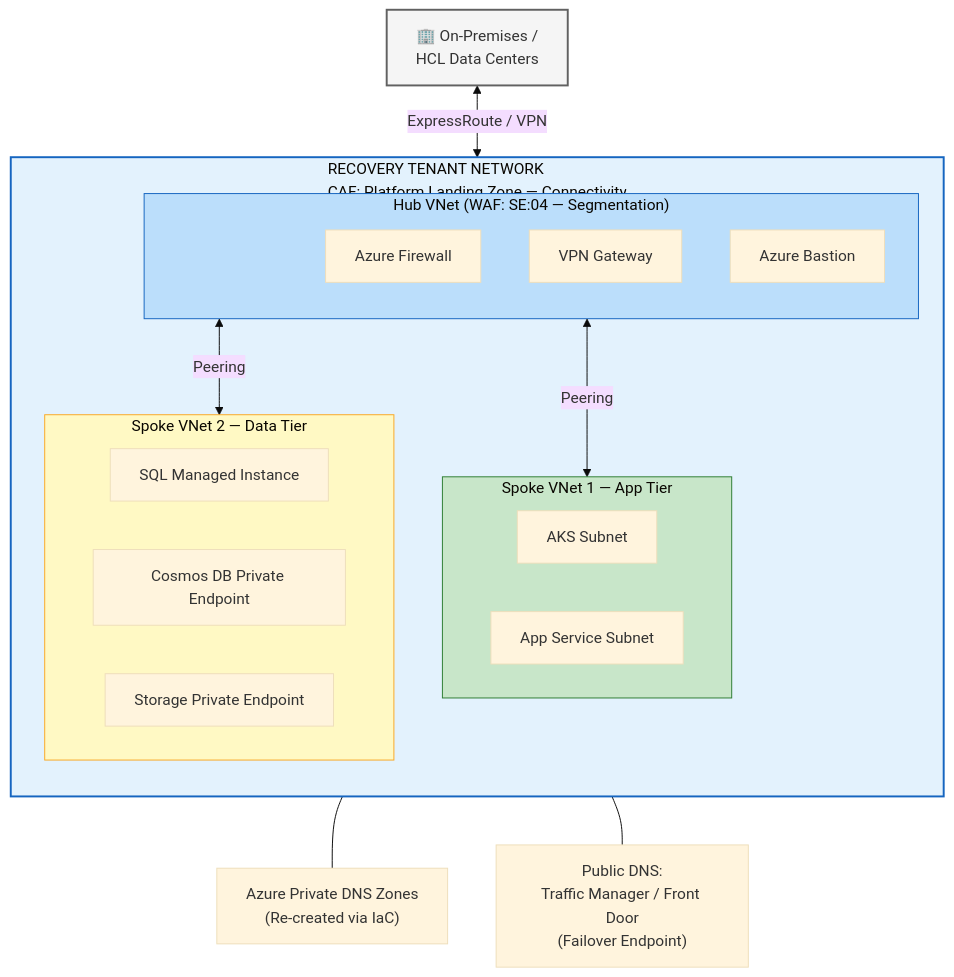
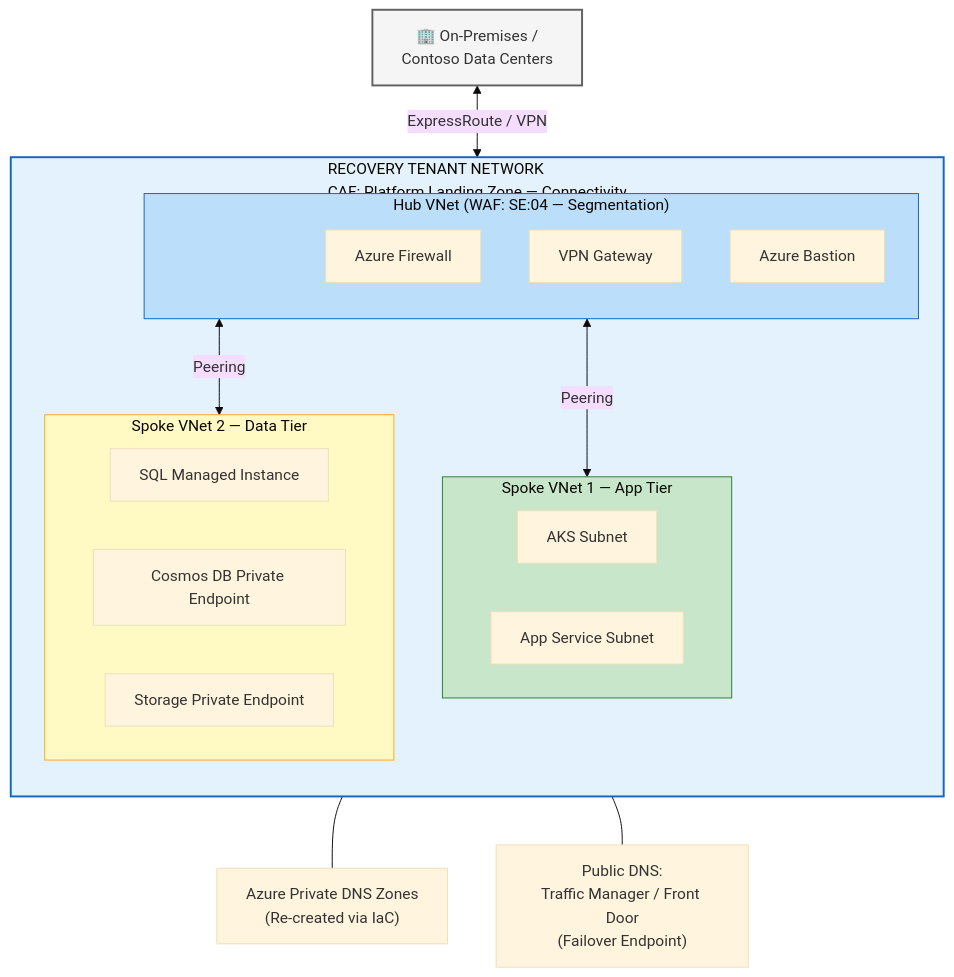
Before and after one commit to shaleen-wonder-ent/user-guides: the tenth of 17 diagrams in Azure_Entra_Level_Resiliency_architecture.md, drawn with Mermaid (base theme). The commit also changed other lines of this file, not shown here.

````diff
--- a/Azure_Entra_Level_Resiliency_architecture.md
+++ b/Azure_Entra_Level_Resiliency_architecture.md
@@ -653,37 +691,37 @@
 ```mermaid
 graph TB
     subgraph RECOVERY["RECOVERY TENANT NETWORK<br/>CAF: Platform Landing Zone — Connectivity"]
         direction TB
         subgraph HUB["Hub VNet (WAF: SE:04 — Segmentation)"]
             FW["Azure Firewall"]
             VPN["VPN Gateway"]
             BASTION["Azure Bastion"]
         end
         subgraph SPOKE1["Spoke VNet 1 — App Tier"]
             AKS["AKS Subnet"]
             APPSVC["App Service Subnet"]
         end
         subgraph SPOKE2["Spoke VNet 2 — Data Tier"]
             SQLMI["SQL Managed Instance"]
             COSMOS_EP["Cosmos DB Private Endpoint"]
             STORAGE_EP["Storage Private Endpoint"]
         end
 
         HUB <-->|"Peering"| SPOKE1
         HUB <-->|"Peering"| SPOKE2
     end
 
-    ONPREM["🏢 On-Premises /<br/>HCL Data Centers"] <-->|"ExpressRoute / VPN"| VPN
+    ONPREM["🏢 On-Premises /<br/>Contoso Data Centers"] <-->|"ExpressRoute / VPN"| VPN
 
     DNS_PVT["Azure Private DNS Zones<br/>(Re-created via IaC)"]
     DNS_PUB["Public DNS:<br/>Traffic Manager / Front Door<br/>(Failover Endpoint)"]
 
     RECOVERY --- DNS_PVT
     RECOVERY --- DNS_PUB
 
     style RECOVERY fill:#e3f2fd,stroke:#1565c0,stroke-width:2px
     style HUB fill:#bbdefb,stroke:#1565c0
     style SPOKE1 fill:#c8e6c9,stroke:#2e7d32
     style SPOKE2 fill:#fff9c4,stroke:#f9a825
     style ONPREM fill:#f5f5f5,stroke:#616161,stroke-width:2px
 ```
````
